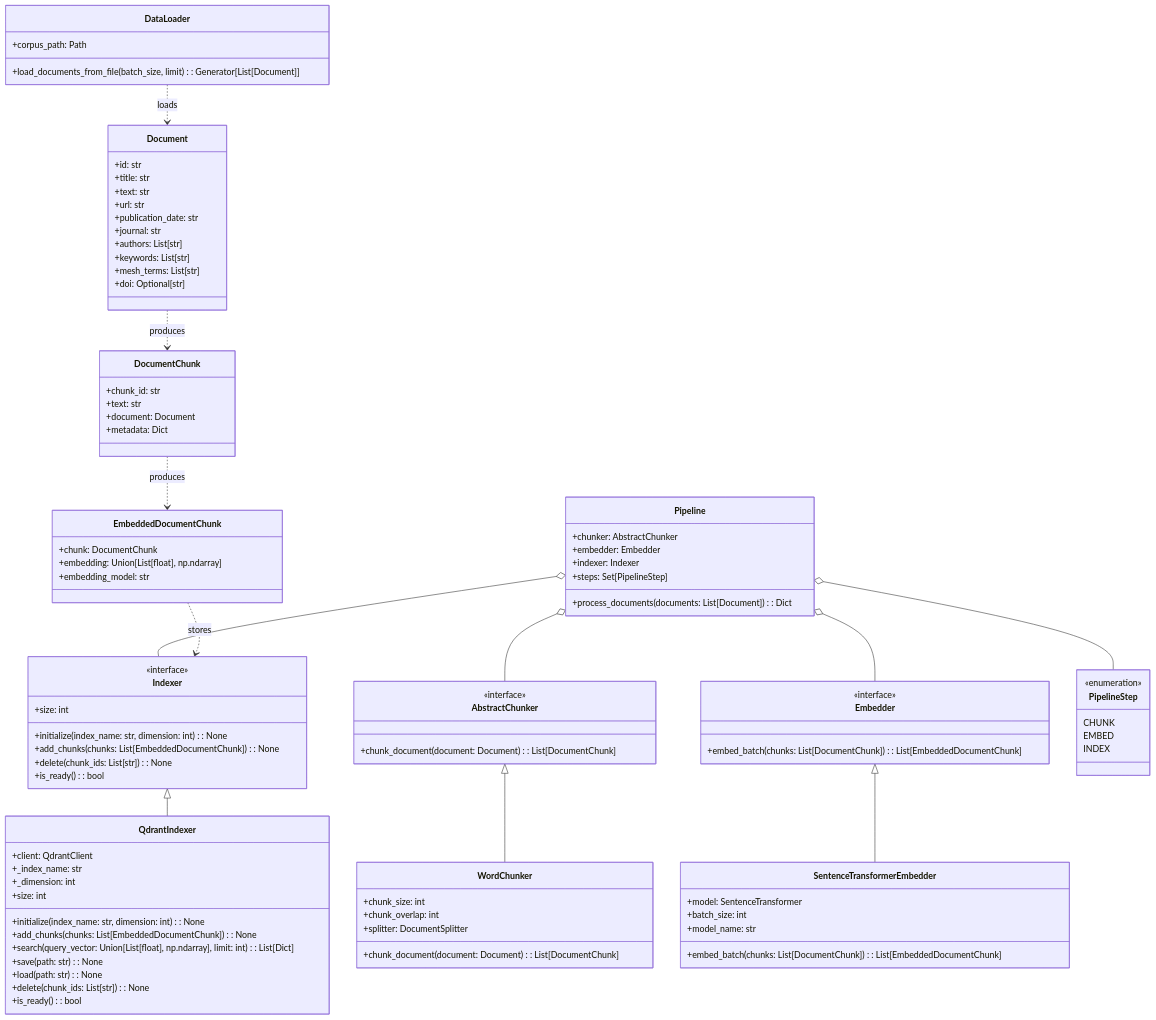
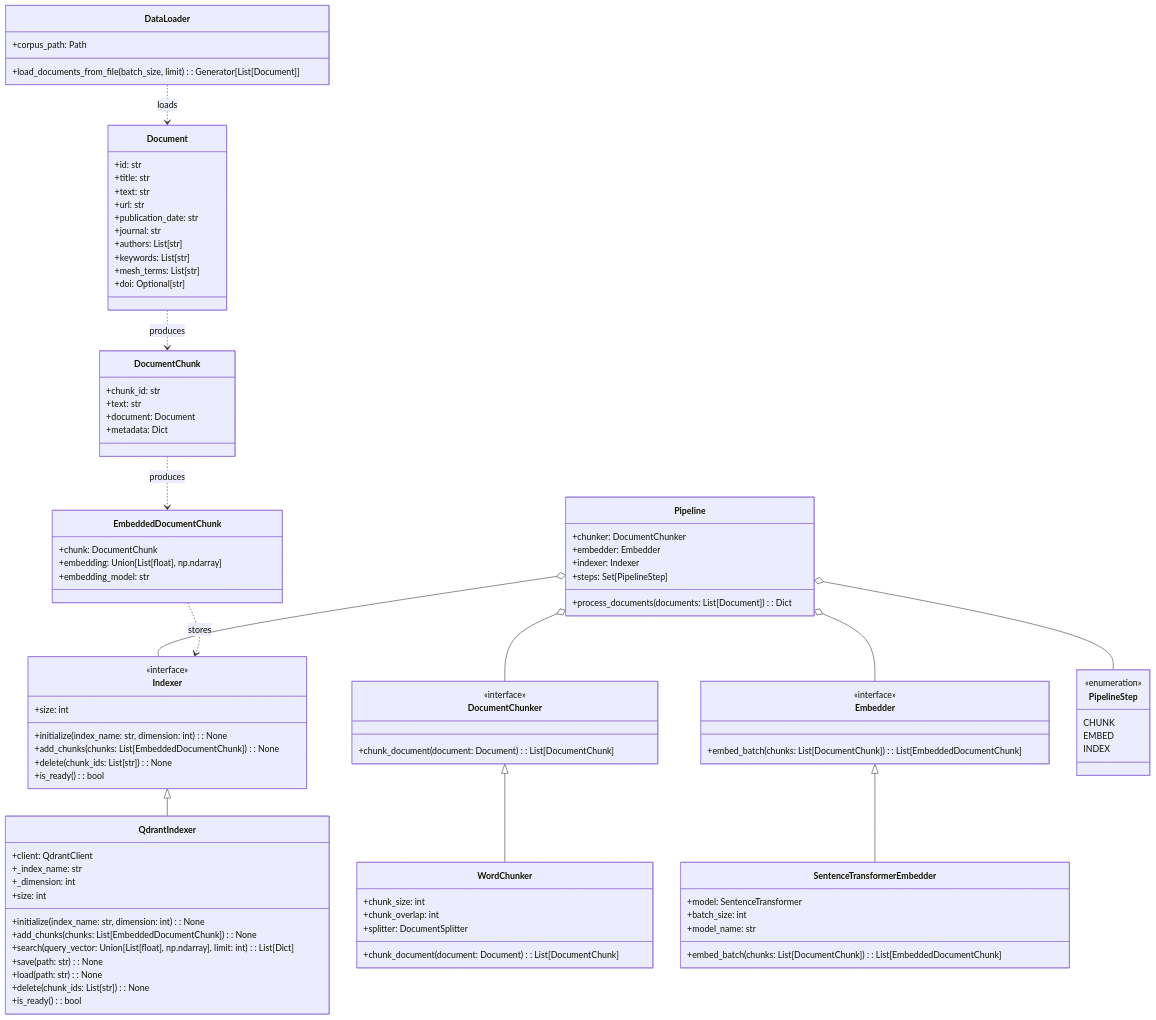
One commit to MattMorgis/bioasq-rag changed the diagram in indexing_pipeline/docs/indexing-architecture.md. Above: the diagram before and after it, drawn with Mermaid. The commit also changed 5 other files, not shown here.

Commit message:
rename abstract chunker -> document chunker

```diff
--- a/indexing_pipeline/docs/indexing-architecture.md
+++ b/indexing_pipeline/docs/indexing-architecture.md
@@ -38,7 +38,7 @@
     }
 
     %% Interfaces
-    class AbstractChunker {
+    class DocumentChunker {
         <<interface>>
         +chunk_document(document: Document): List[DocumentChunk]
     }
@@ -92,7 +92,7 @@
 
     %% Pipeline
     class Pipeline {
-        +chunker: AbstractChunker
+        +chunker: DocumentChunker
         +embedder: Embedder
         +indexer: Indexer
         +steps: Set[PipelineStep]
@@ -100,12 +100,12 @@
     }
 
     %% Inheritance
-    AbstractChunker <|-- WordChunker
+    DocumentChunker <|-- WordChunker
     Embedder <|-- SentenceTransformerEmbedder
     Indexer <|-- QdrantIndexer
 
     %% Composition
-    Pipeline o-- AbstractChunker
+    Pipeline o-- DocumentChunker
     Pipeline o-- Embedder
     Pipeline o-- Indexer
     Pipeline o-- PipelineStep
```
